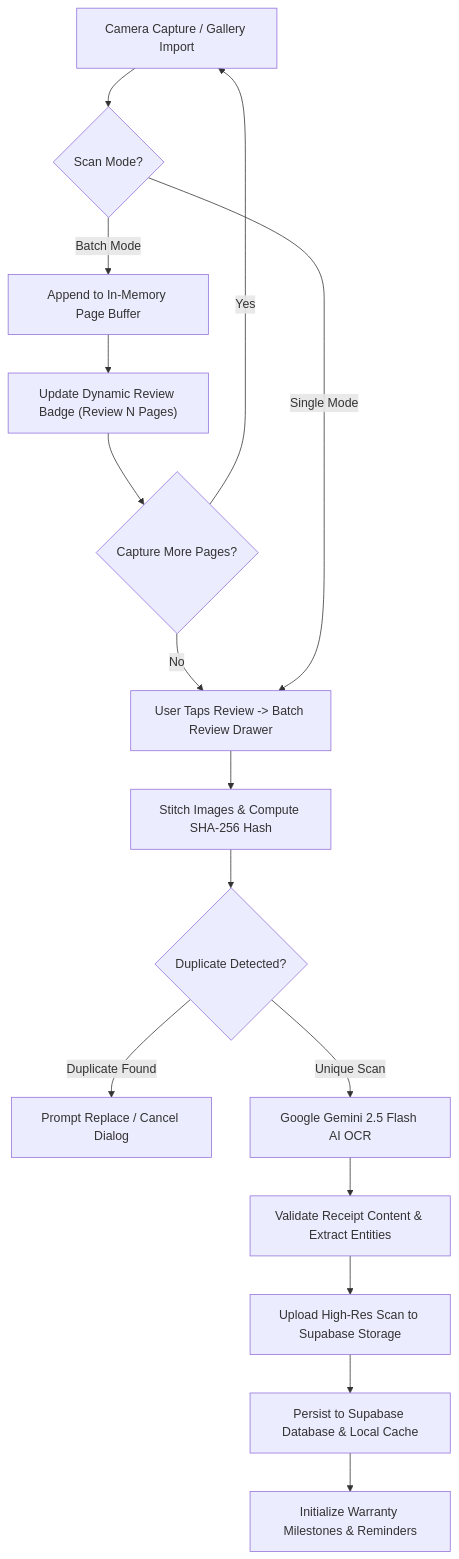
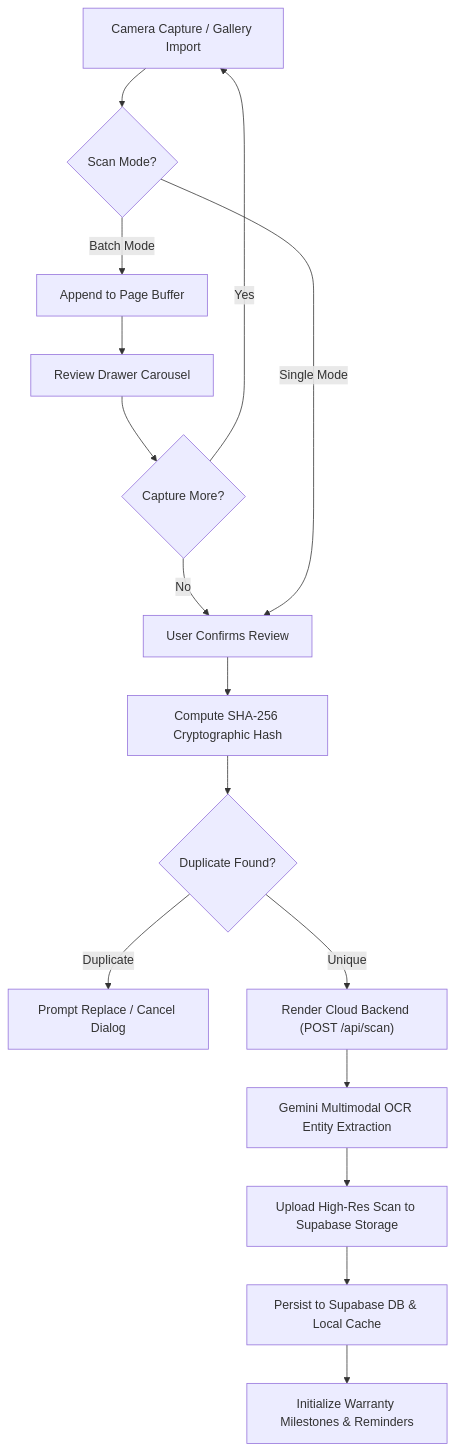
The first of 2 diagrams in README.md (milanraj-github/RECEIPTO), drawn with Mermaid before and after one commit. The commit also changed other lines of this file and 2 other files, not shown here.

Commit message:
docs: fix logo display, update modern 3-tier architecture, and refine professional README

````diff
--- a/README.md
+++ b/README.md
@@ -183,18 +169,18 @@
 ```mermaid
 flowchart TD
     A["Camera Capture / Gallery Import"] --> B{"Scan Mode?"}
-    B -- "Batch Mode" --> C["Append to In-Memory Page Buffer"]
-    C --> D["Update Dynamic Review Badge (Review N Pages)"]
-    D --> E{"Capture More Pages?"}
+    B -- "Batch Mode" --> C["Append to Page Buffer"]
+    C --> D["Review Drawer Carousel"]
+    D --> E{"Capture More?"}
     E -- "Yes" --> A
-    E -- "No" --> F["User Taps Review -> Batch Review Drawer"]
+    E -- "No" --> F["User Confirms Review"]
     B -- "Single Mode" --> F
-    F --> G["Stitch Images & Compute SHA-256 Hash"]
-    G --> H{"Duplicate Detected?"}
-    H -- "Duplicate Found" --> I["Prompt Replace / Cancel Dialog"]
-    H -- "Unique Scan" --> J["Google Gemini 2.5 Flash AI OCR"]
-    J --> K["Validate Receipt Content & Extract Entities"]
+    F --> G["Compute SHA-256 Cryptographic Hash"]
+    G --> H{"Duplicate Found?"}
+    H -- "Duplicate" --> I["Prompt Replace / Cancel Dialog"]
+    H -- "Unique" --> J["Render Cloud Backend (POST /api/scan)"]
+    J --> K["Gemini Multimodal OCR Entity Extraction"]
     K --> L["Upload High-Res Scan to Supabase Storage"]
-    L --> M["Persist to Supabase Database & Local Cache"]
+    L --> M["Persist to Supabase DB & Local Cache"]
     M --> N["Initialize Warranty Milestones & Reminders"]
 ```
````
